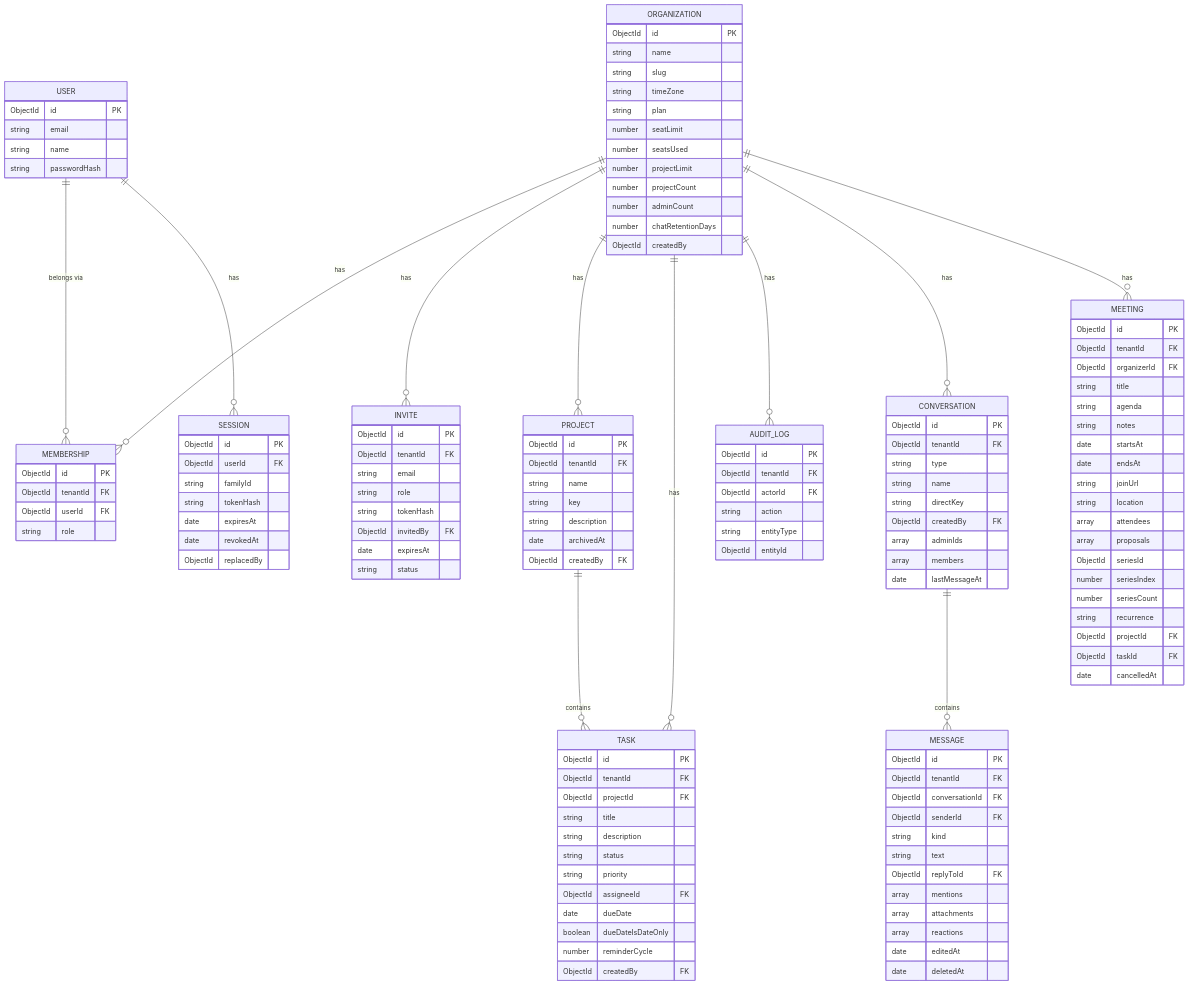
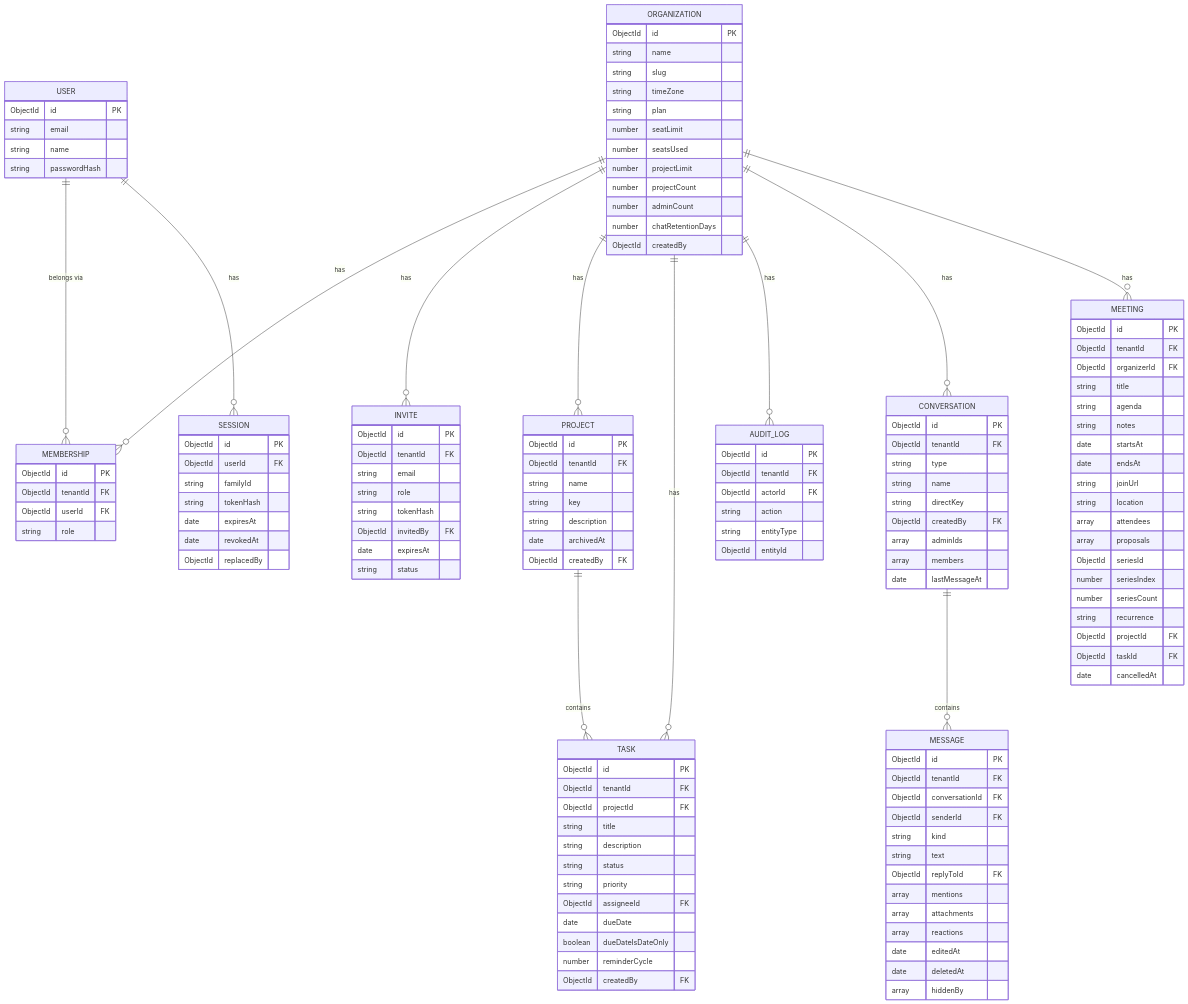
Before and after one commit to sprahasingh/WorkNest: the diagram in docs/data-model.mmd, drawn with Mermaid.

Commit message:
Add hiddenBy to the message data model

```diff
--- a/docs/data-model.mmd
+++ b/docs/data-model.mmd
@@ -1,135 +1,136 @@
 erDiagram
     ORGANIZATION ||--o{ MEMBERSHIP : "has"
     ORGANIZATION ||--o{ INVITE : "has"
     ORGANIZATION ||--o{ PROJECT : "has"
     ORGANIZATION ||--o{ TASK : "has"
     ORGANIZATION ||--o{ AUDIT_LOG : "has"
     USER ||--o{ MEMBERSHIP : "belongs via"
     USER ||--o{ SESSION : "has"
     PROJECT ||--o{ TASK : "contains"
     ORGANIZATION ||--o{ CONVERSATION : "has"
     CONVERSATION ||--o{ MESSAGE : "contains"
     ORGANIZATION ||--o{ MEETING : "has"
 
     ORGANIZATION {
         ObjectId id PK
         string name
         string slug
         string timeZone
         string plan
         number seatLimit
         number seatsUsed
         number projectLimit
         number projectCount
         number adminCount
         number chatRetentionDays
         ObjectId createdBy
     }
     USER {
         ObjectId id PK
         string email
         string name
         string passwordHash
     }
     SESSION {
         ObjectId id PK
         ObjectId userId FK
         string familyId
         string tokenHash
         date expiresAt
         date revokedAt
         ObjectId replacedBy
     }
     MEMBERSHIP {
         ObjectId id PK
         ObjectId tenantId FK
         ObjectId userId FK
         string role
     }
     INVITE {
         ObjectId id PK
         ObjectId tenantId FK
         string email
         string role
         string tokenHash
         ObjectId invitedBy FK
         date expiresAt
         string status
     }
     PROJECT {
         ObjectId id PK
         ObjectId tenantId FK
         string name
         string key
         string description
         date archivedAt
         ObjectId createdBy FK
     }
     TASK {
         ObjectId id PK
         ObjectId tenantId FK
         ObjectId projectId FK
         string title
         string description
         string status
         string priority
         ObjectId assigneeId FK
         date dueDate
         boolean dueDateIsDateOnly
         number reminderCycle
         ObjectId createdBy FK
     }
     AUDIT_LOG {
         ObjectId id PK
         ObjectId tenantId FK
         ObjectId actorId FK
         string action
         string entityType
         ObjectId entityId
     }
     CONVERSATION {
         ObjectId id PK
         ObjectId tenantId FK
         string type
         string name
         string directKey
         ObjectId createdBy FK
         array adminIds
         array members
         date lastMessageAt
     }
     MESSAGE {
         ObjectId id PK
         ObjectId tenantId FK
         ObjectId conversationId FK
         ObjectId senderId FK
         string kind
         string text
         ObjectId replyToId FK
         array mentions
         array attachments
         array reactions
         date editedAt
         date deletedAt
+        array hiddenBy
     }
     MEETING {
         ObjectId id PK
         ObjectId tenantId FK
         ObjectId organizerId FK
         string title
         string agenda
         string notes
         date startsAt
         date endsAt
         string joinUrl
         string location
         array attendees
         array proposals
         ObjectId seriesId
         number seriesIndex
         number seriesCount
         string recurrence
         ObjectId projectId FK
         ObjectId taskId FK
         date cancelledAt
     }
```
